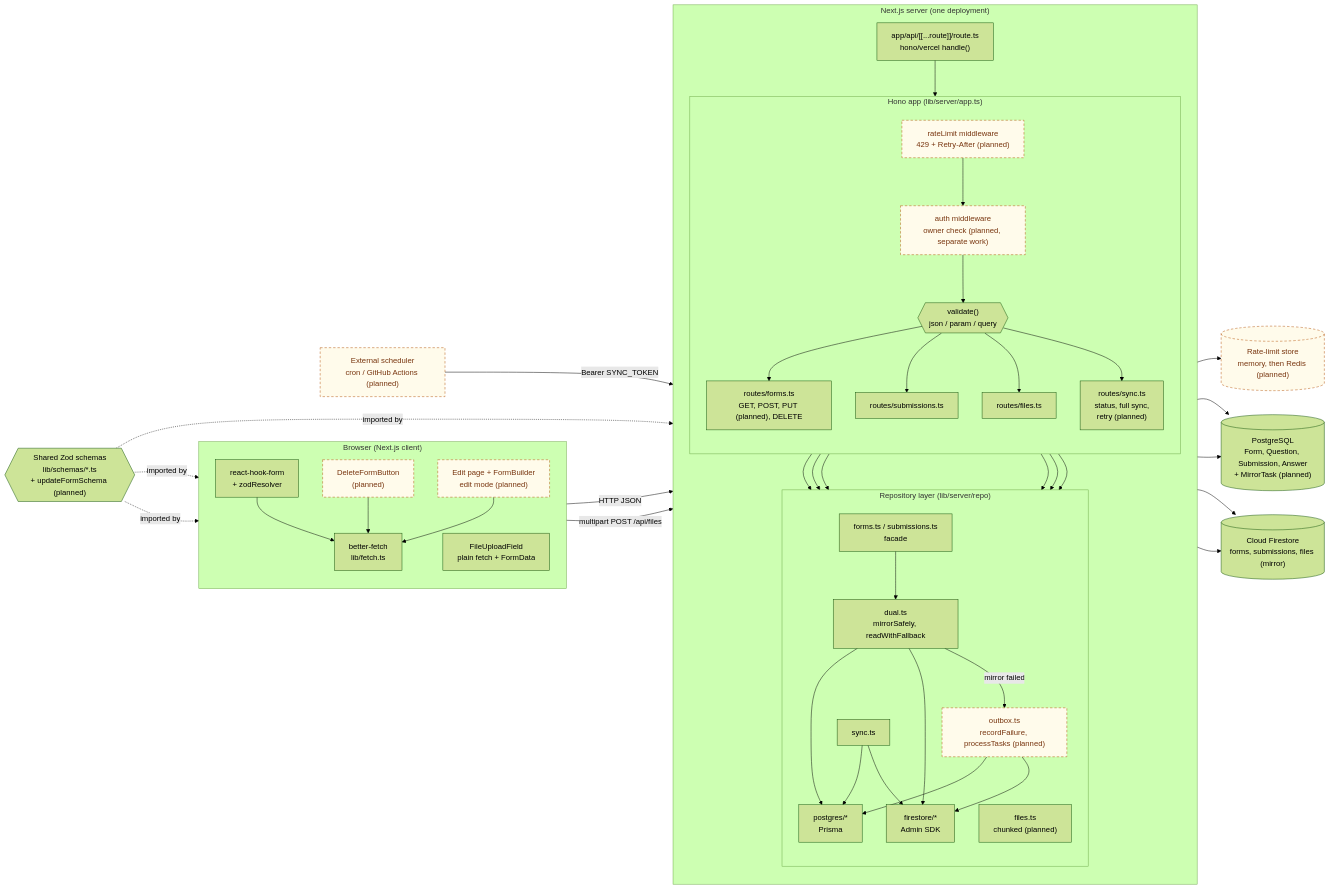
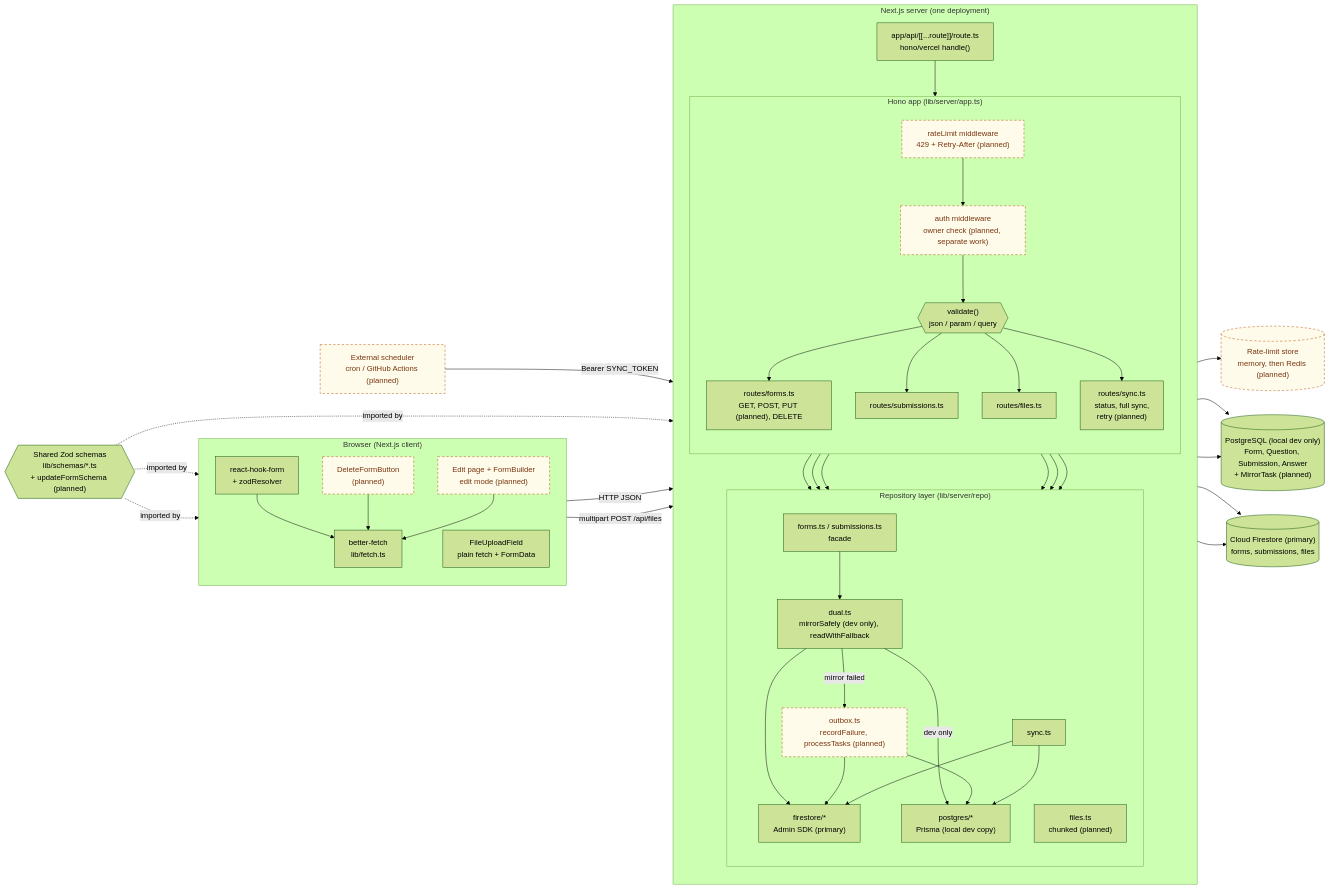
One commit to kasinadhsarma/survey-forms changed the diagram in docs/architecture.mmd. Above: the diagram before and after it, drawn with Mermaid (forest theme). The commit also changed 8 other files, not shown here.

Commit message:
docs: update README and documentation to reflect Firestore as primary database with local Postgres as development copy

```diff
--- a/docs/architecture.mmd
+++ b/docs/architecture.mmd
@@ -1,81 +1,81 @@
 flowchart LR
     subgraph Browser["Browser (Next.js client)"]
         direction TB
         RHF["react-hook-form<br/>+ zodResolver"]
         BF["better-fetch<br/>lib/fetch.ts"]
         UP["FileUploadField<br/>plain fetch + FormData"]
         DEL["DeleteFormButton<br/>(planned)"]
         EDT["Edit page + FormBuilder<br/>edit mode (planned)"]
         RHF --> BF
         DEL --> BF
         EDT --> BF
     end
 
     SH{{"Shared Zod schemas<br/>lib/schemas/*.ts<br/>+ updateFormSchema (planned)"}}
 
     subgraph Next["Next.js server (one deployment)"]
         direction TB
         RH["app/api/[[...route]]/route.ts<br/>hono/vercel handle()"]
         subgraph Hono["Hono app (lib/server/app.ts)"]
             direction TB
             RL["rateLimit middleware<br/>429 + Retry-After (planned)"]
             AUTH["auth middleware<br/>owner check (planned, separate work)"]
             ZV{{"validate()<br/>json / param / query"}}
             R1["routes/forms.ts<br/>GET, POST, PUT (planned), DELETE"]
             R2["routes/submissions.ts"]
             R3["routes/files.ts"]
             R4["routes/sync.ts<br/>status, full sync,<br/>retry (planned)"]
         end
         subgraph Repo["Repository layer (lib/server/repo)"]
             direction TB
             FAC["forms.ts / submissions.ts<br/>facade"]
-            DUAL["dual.ts<br/>mirrorSafely, readWithFallback"]
-            PGR["postgres/*<br/>Prisma"]
-            FSR["firestore/*<br/>Admin SDK"]
+            DUAL["dual.ts<br/>mirrorSafely (dev only), readWithFallback"]
+            PGR["postgres/*<br/>Prisma (local dev copy)"]
+            FSR["firestore/*<br/>Admin SDK (primary)"]
             FIL["files.ts<br/>chunked (planned)"]
             OUT["outbox.ts<br/>recordFailure, processTasks (planned)"]
             SYN["sync.ts"]
         end
         RH --> RL
         RL --> AUTH
         AUTH --> ZV
         ZV --> R1
         ZV --> R2
         ZV --> R3
         ZV --> R4
         R1 --> FAC
         R2 --> FAC
         R2 --> FIL
         R3 --> FIL
         R4 --> SYN
         R4 --> OUT
         FAC --> DUAL
-        DUAL --> PGR
         DUAL --> FSR
+        DUAL -- "dev only" --> PGR
         DUAL -- "mirror failed" --> OUT
         OUT --> PGR
         OUT --> FSR
         SYN --> PGR
         SYN --> FSR
     end
 
     LS[("Rate-limit store<br/>memory, then Redis (planned)")]
-    PG[("PostgreSQL<br/>Form, Question, Submission, Answer<br/>+ MirrorTask (planned)")]
-    FS[("Cloud Firestore<br/>forms, submissions, files (mirror)")]
+    PG[("PostgreSQL (local dev only)<br/>Form, Question, Submission, Answer<br/>+ MirrorTask (planned)")]
+    FS[("Cloud Firestore (primary)<br/>forms, submissions, files")]
     SCH["External scheduler<br/>cron / GitHub Actions (planned)"]
 
     BF -- "HTTP JSON" --> RH
     UP -- "multipart POST /api/files" --> RH
     SCH -- "Bearer SYNC_TOKEN" --> RH
     RL --> LS
     PGR --> PG
     OUT --> PG
     FSR --> FS
     FIL --> FS
 
     SH -. "imported by" .-> RHF
     SH -. "imported by" .-> BF
     SH -. "imported by" .-> ZV
 
     classDef planned stroke-dasharray: 5 4,stroke:#b45309,fill:#fffbeb,color:#78350f;
     class DEL,EDT,RL,AUTH,OUT,LS,SCH planned;
```
